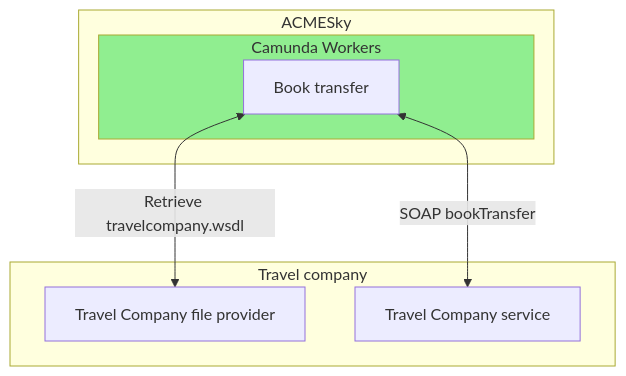
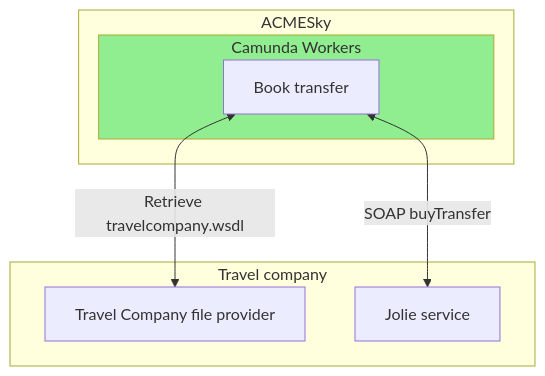
One commit to sosengers/project-documentation changed the fifth of 8 diagrams in docs/implementazione/acmesky.md. Above: the diagram before and after it, drawn with Mermaid. The commit also changed other lines of this file and 1 other file, not shown here.

````diff
--- a/docs/implementazione/acmesky.md
+++ b/docs/implementazione/acmesky.md
@@ -129,17 +131,17 @@
 ```mermaid
 graph TD
 CW1 <-->|Retrieve travelcompany.wsdl| TCf
-CW1 <-->|SOAP bookTransfer| TC
+CW1 <-->|SOAP buyTransfer| TC
 
 subgraph ACMESky
 subgraph Camunda-Workers[Camunda Workers]
 CW1[Book transfer]
 end
 end
 
 subgraph TCs[Travel company]
-TC[Travel Company service]
+TC[Jolie service]
 TCf[Travel Company file provider]
 end
 style Camunda-Workers fill:#90EE90
 ```
````
